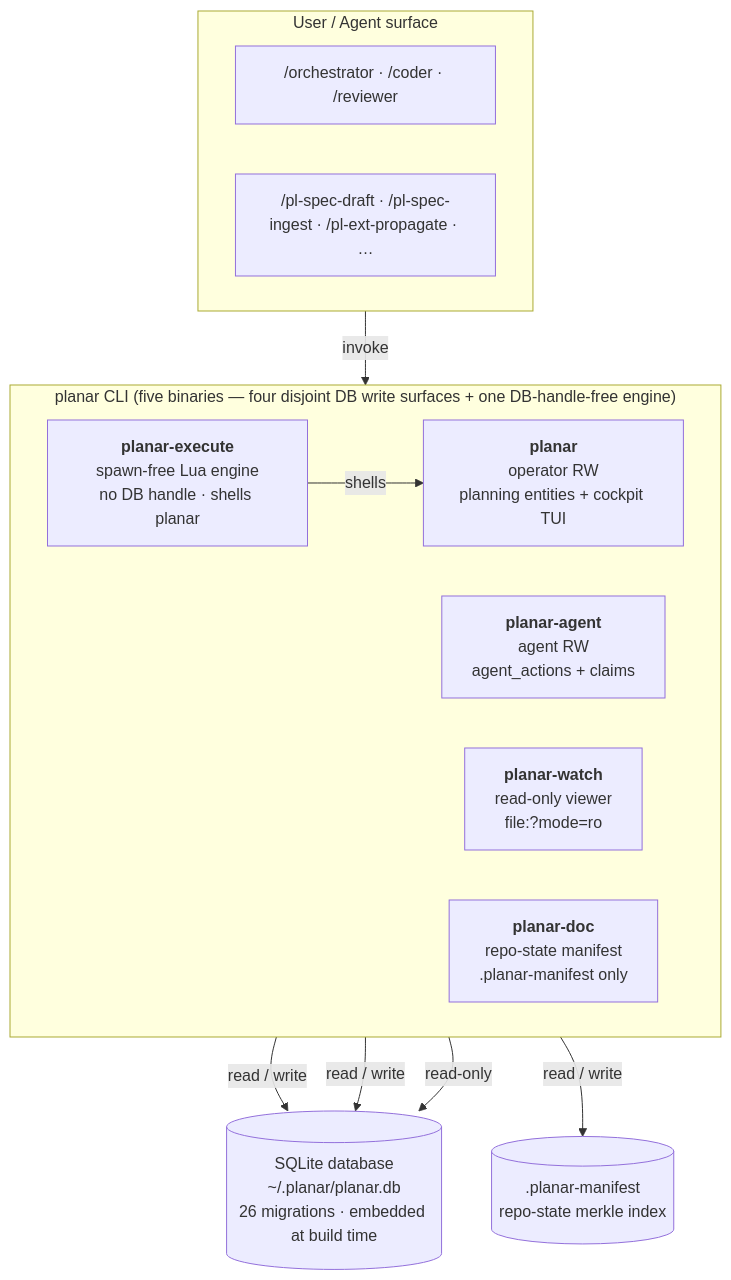
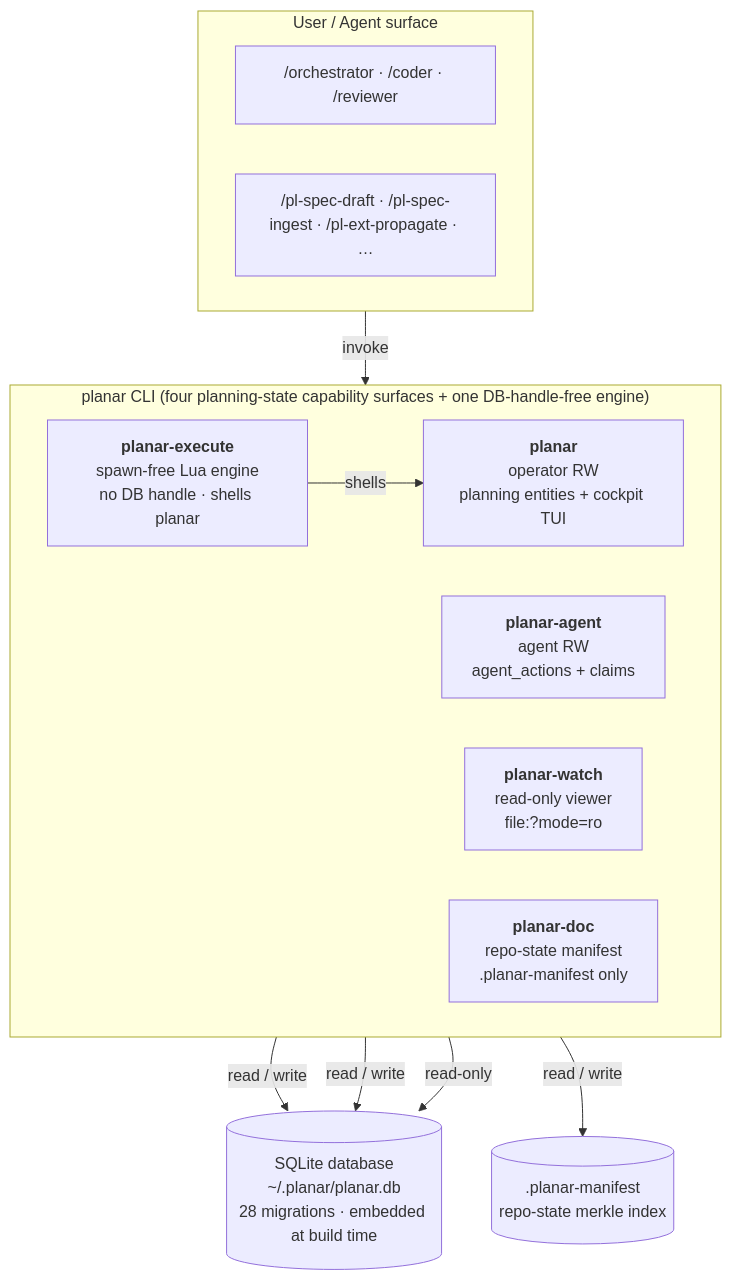
One commit to rdrsss/planar changed the first of 2 diagrams in docs/architecture.md. Above: the diagram before and after it, drawn with Mermaid. The commit also changed other lines of this file and 11 other files, not shown here.

````diff
--- a/docs/architecture.md
+++ b/docs/architecture.md
@@ -11,27 +11,27 @@
 ```mermaid
 flowchart TD
     subgraph Surface["User / Agent surface"]
         direction LR
         S1["/orchestrator · /coder · /reviewer"]
         S2["/pl-spec-draft · /pl-spec-ingest · /pl-ext-propagate · …"]
     end
 
-    subgraph Binaries["planar CLI (five binaries — four disjoint DB write surfaces + one DB-handle-free engine)"]
+    subgraph Binaries["planar CLI (four planning-state capability surfaces + one DB-handle-free engine)"]
         direction LR
         B1["<b>planar</b><br/>operator RW<br/>planning entities + cockpit TUI"]
         B2["<b>planar-agent</b><br/>agent RW<br/>agent_actions + claims"]
         B3["<b>planar-watch</b><br/>read-only viewer<br/>file:?mode=ro"]
         B4["<b>planar-doc</b><br/>repo-state manifest<br/>.planar-manifest only"]
         B5["<b>planar-execute</b><br/>spawn-free Lua engine<br/>no DB handle · shells planar"]
     end
 
-    DB[("SQLite database<br/>~/.planar/planar.db<br/>26 migrations · embedded at build time")]
+    DB[("SQLite database<br/>~/.planar/planar.db<br/>28 migrations · embedded at build time")]
     MF[(".planar-manifest<br/>repo-state merkle index")]
 
     Surface -->|invoke| Binaries
     B1 -->|read / write| DB
     B2 -->|read / write| DB
     B3 -->|read-only| DB
     B4 -->|read / write| MF
     B5 -->|shells| B1
 ```
````
